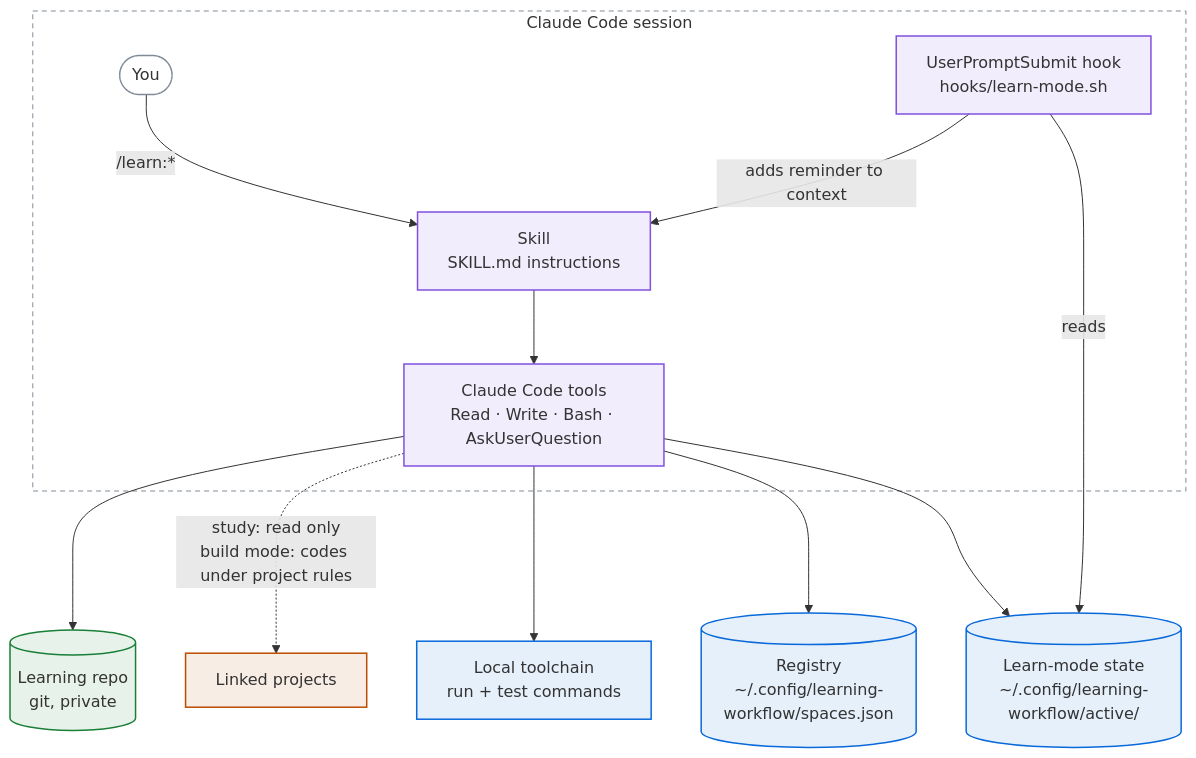
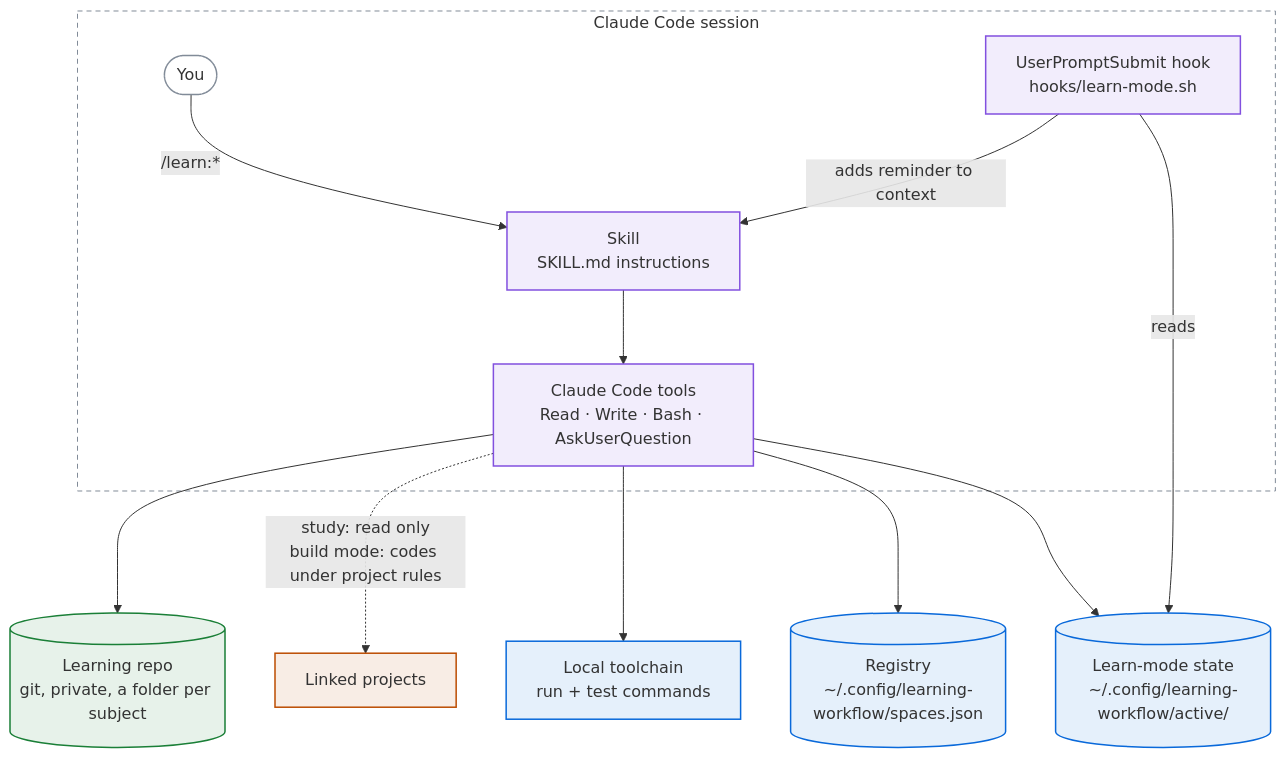
One commit to rafagomes/learning-workflow changed the diagram in docs/ARCHITECTURE.md. Above: the diagram before and after it, drawn with Mermaid. The commit also changed other lines of this file and 36 other files, not shown here.

First line of the commit message:
feat: one learning repo with a folder per subject (#4)

````diff
--- a/docs/ARCHITECTURE.md
+++ b/docs/ARCHITECTURE.md
@@ -5,25 +5,25 @@
 ```mermaid
 flowchart TB
     subgraph CC["Claude Code session"]
         U(["You"]) -->|/learn:*| SK["Skill<br/>SKILL.md instructions"]
         SK --> TOOLS["Claude Code tools<br/>Read · Write · Bash · AskUserQuestion"]
         HK["UserPromptSubmit hook<br/>hooks/learn-mode.sh"] -->|adds reminder to context| SK
     end
-    TOOLS --> LR[("Learning repo<br/>git, private")]
+    TOOLS --> LR[("Learning repo<br/>git, private, a folder per subject")]
     TOOLS -. "study: read only<br/>build mode: codes under project rules" .-> PR["Linked projects"]
     TOOLS --> TC["Local toolchain<br/>run + test commands"]
     TOOLS --> REG[("Registry<br/>~/.config/learning-workflow/spaces.json")]
     TOOLS --> ACT[("Learn-mode state<br/>~/.config/learning-workflow/active/")]
     HK -->|reads| ACT
     classDef plugin fill:#8250df1a,stroke:#8250df,stroke-width:1.5px
     classDef repo fill:#1a7f371a,stroke:#1a7f37,stroke-width:1.5px
     classDef project fill:#bc4c001a,stroke:#bc4c00,stroke-width:1.5px
     classDef local fill:#0969da1a,stroke:#0969da,stroke-width:1.5px
     classDef person fill:transparent,stroke:#818b98,stroke-width:1.5px
     class SK,TOOLS,HK plugin
     class LR repo
     class PR project
     class REG,ACT,TC local
     class U person
     style CC fill:transparent,stroke:#818b98,stroke-dasharray:5 4
 ```
````
